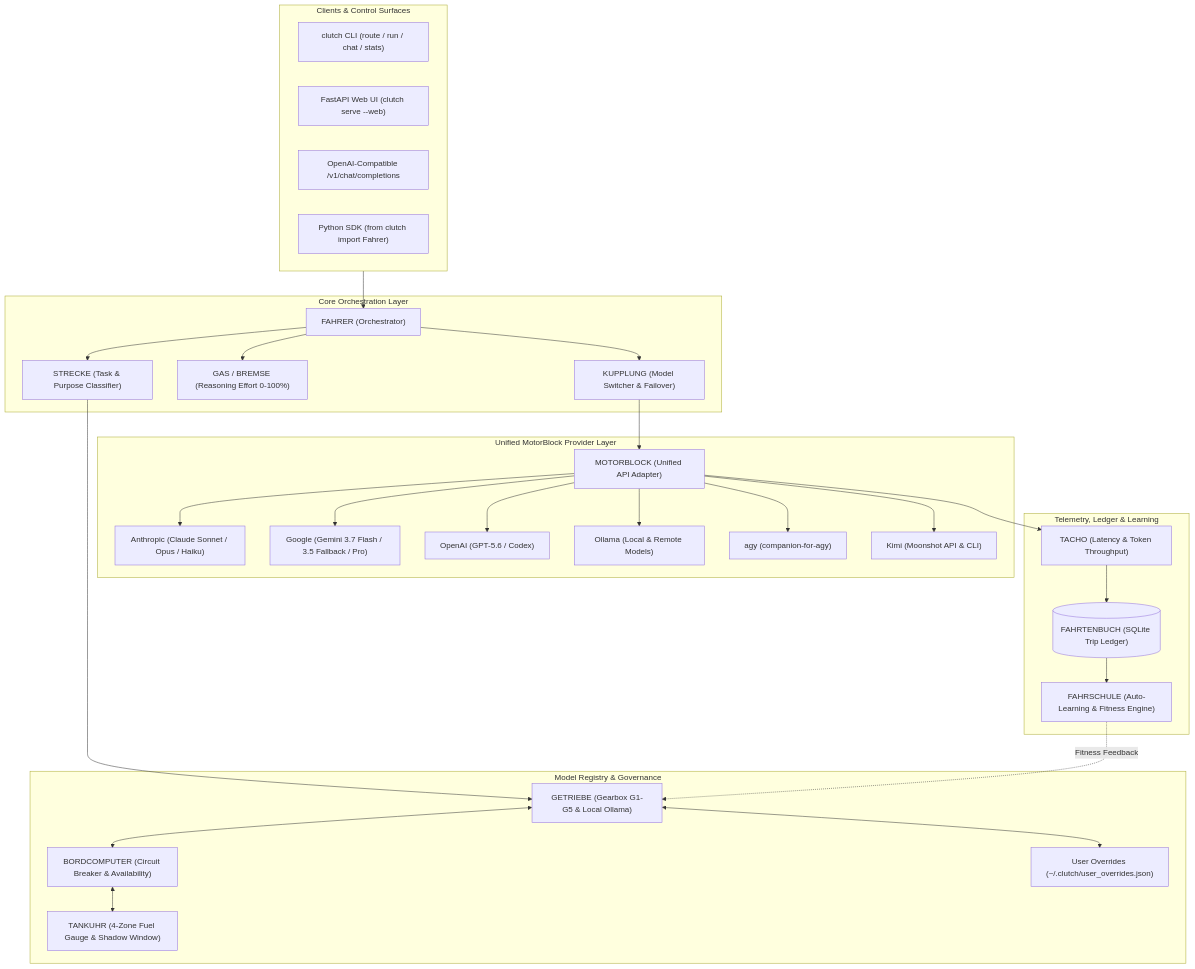
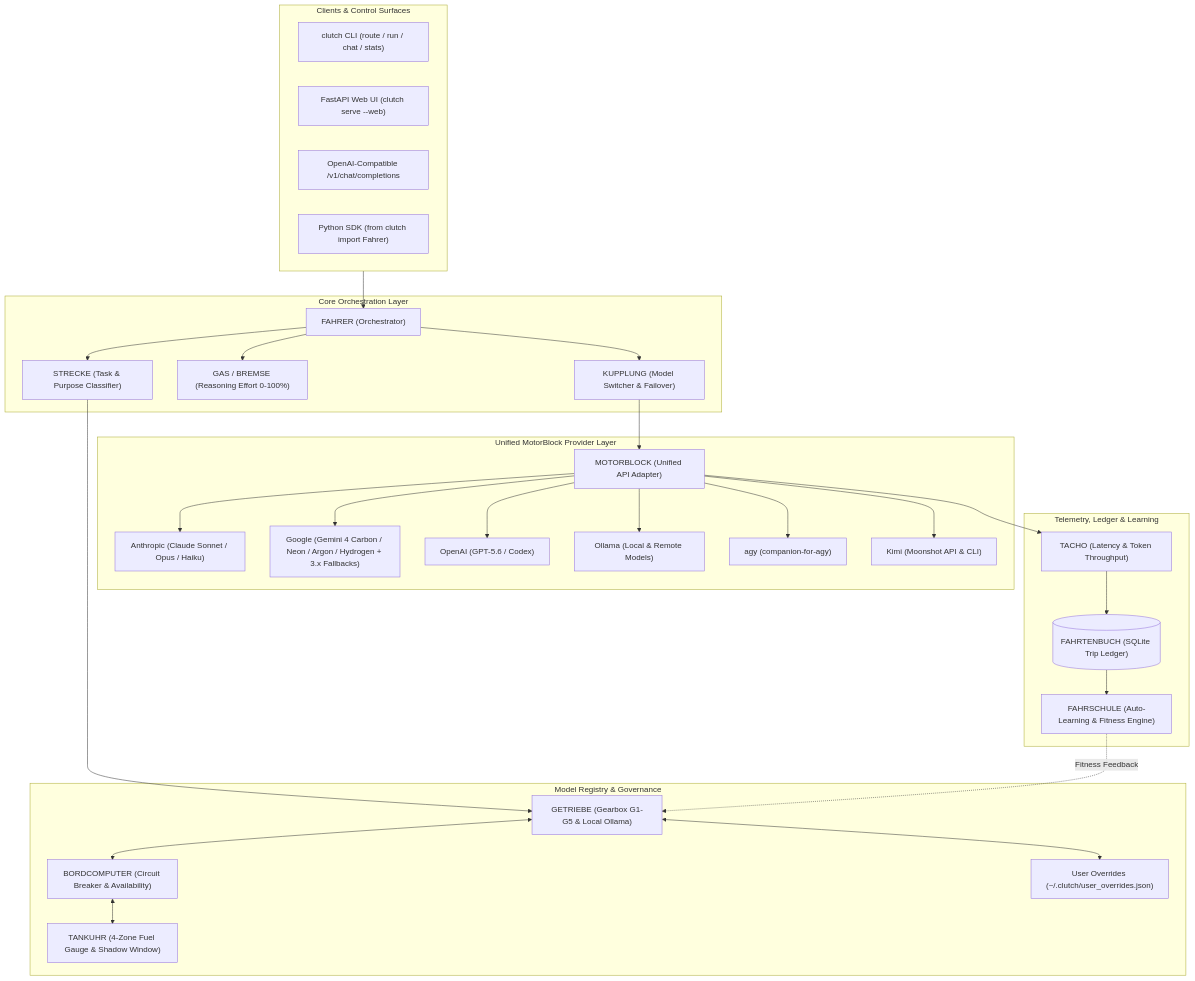
The first of 2 diagrams in README.md (ellmos-ai/clutch), drawn with Mermaid before and after one commit. The commit also changed other lines of this file and 9 other files, not shown here.

Commit message:
feat(models): add Google Gemini 4 lineup (API and agy)

````diff
--- a/README.md
+++ b/README.md
@@ -198,59 +198,59 @@
 ```mermaid
 flowchart TD
     subgraph CLIENTS["Clients & Control Surfaces"]
         CLI["clutch CLI (route / run / chat / stats)"]
         Web["FastAPI Web UI (clutch serve --web)"]
         API["OpenAI-Compatible /v1/chat/completions"]
         Lib["Python SDK (from clutch import Fahrer)"]
     end
 
     subgraph ORCHESTRATION["Core Orchestration Layer"]
         Fahrer["FAHRER (Orchestrator)"]
         Strecke["STRECKE (Task & Purpose Classifier)"]
         GasBremse["GAS / BREMSE (Reasoning Effort 0-100%)"]
         Kupplung["KUPPLUNG (Model Switcher & Failover)"]
     end
 
     subgraph REGISTRY["Model Registry & Governance"]
         Getriebe["GETRIEBE (Gearbox G1-G5 & Local Ollama)"]
         Bordcomputer["BORDCOMPUTER (Circuit Breaker & Availability)"]
         Tankuhr["TANKUHR (4-Zone Fuel Gauge & Shadow Window)"]
         UserOverrides["User Overrides (~/.clutch/user_overrides.json)"]
     end
 
     subgraph ENGINES["Unified MotorBlock Provider Layer"]
         MotorBlock["MOTORBLOCK (Unified API Adapter)"]
         Anthropic["Anthropic (Claude Sonnet / Opus / Haiku)"]
-        Gemini["Google (Gemini 3.7 Flash / 3.5 Fallback / Pro)"]
+        Gemini["Google (Gemini 4 Carbon / Neon / Argon / Hydrogen + 3.x Fallbacks)"]
         OpenAI["OpenAI (GPT-5.6 / Codex)"]
         Ollama["Ollama (Local & Remote Models)"]
         Agy["agy (companion-for-agy)"]
         Kimi["Kimi (Moonshot API & CLI)"]
     end
 
     subgraph TELEMETRY["Telemetry, Ledger & Learning"]
         Tacho["TACHO (Latency & Token Throughput)"]
         Fahrtenbuch[("FAHRTENBUCH (SQLite Trip Ledger)")]
         Fahrschule["FAHRSCHULE (Auto-Learning & Fitness Engine)"]
     end
 
     CLIENTS --> Fahrer
     Fahrer --> Strecke
     Strecke --> Getriebe
     Fahrer --> GasBremse
     Fahrer --> Kupplung
     Getriebe <--> Bordcomputer
     Getriebe <--> UserOverrides
     Bordcomputer <--> Tankuhr
     Kupplung --> MotorBlock
     MotorBlock --> Anthropic
     MotorBlock --> Gemini
     MotorBlock --> OpenAI
     MotorBlock --> Ollama
     MotorBlock --> Agy
     MotorBlock --> Kimi
     MotorBlock --> Tacho
     Tacho --> Fahrtenbuch
     Fahrtenbuch --> Fahrschule
     Fahrschule -. Fitness Feedback .-> Getriebe
 ```
````
